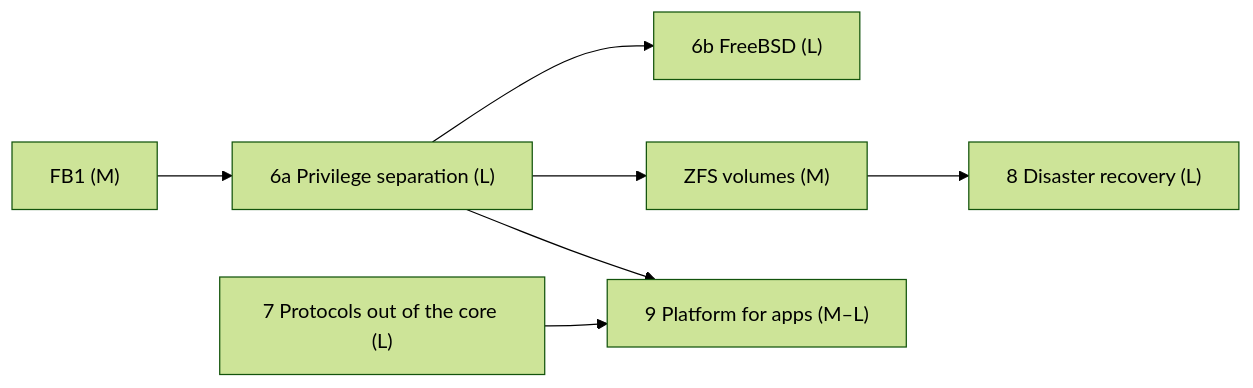
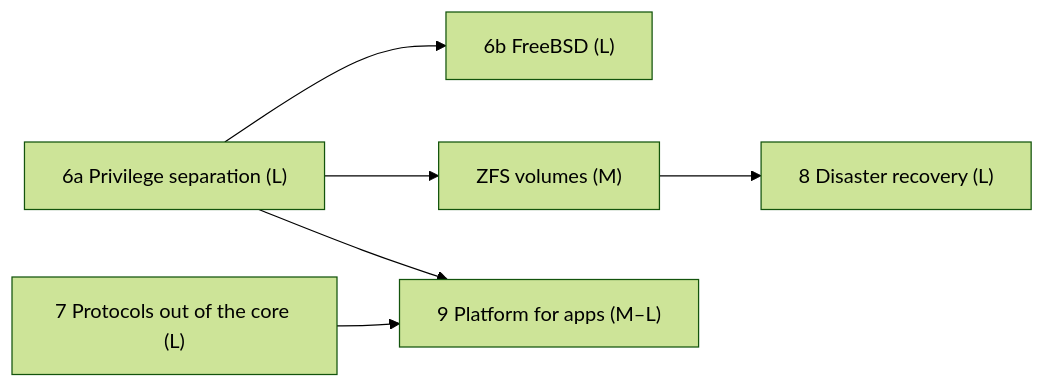
The diagram in docs/ROADMAP.md (jrobhoward/paddock), drawn with Mermaid (forest theme) before and after one commit. The commit also changed other lines of this file and 43 other files, not shown here.

````diff
--- a/docs/ROADMAP.md
+++ b/docs/ROADMAP.md
@@ -71,10 +71,10 @@
 ```mermaid
 flowchart LR
-    first["FB1 (M)"] --> p6a["6a Privilege separation (L)"]
+    p6a["6a Privilege separation (L)"]
     p6a --> p6b["6b FreeBSD (L)"]
     p6a --> zfs["ZFS volumes (M)"]
     p6a --> p9["9 Platform for apps (M–L)"]
     p7["7 Protocols out of the core (L)"] --> p9
     p8["8 Disaster recovery (L)"]
     zfs --> p8
 ```
````
